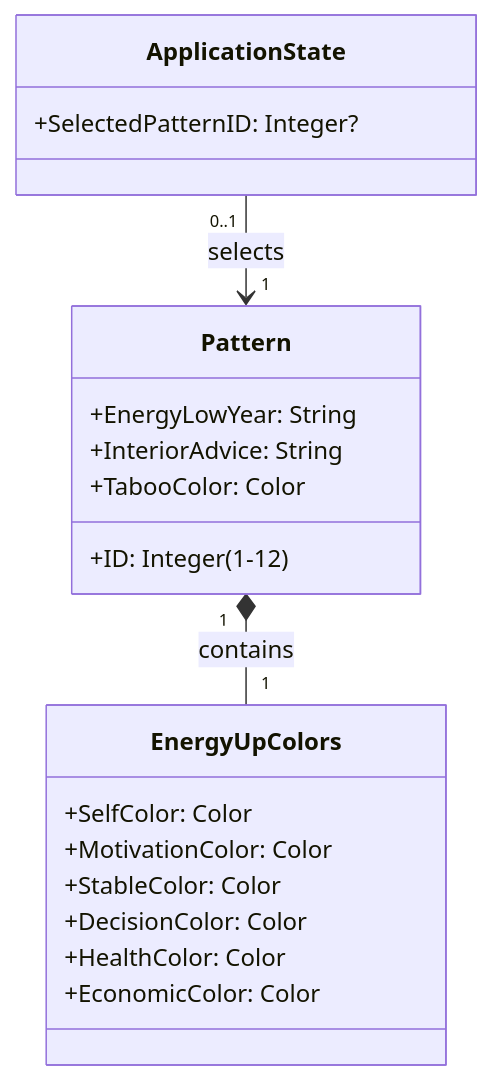
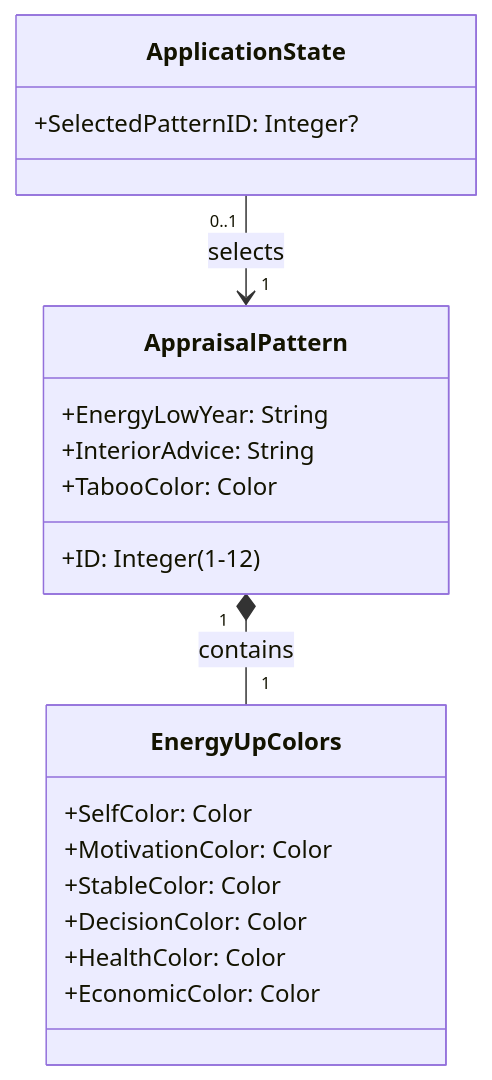
The first of 3 diagrams in docs/model-based-ui-design/02_modeling.md (koralle/energy-boosting-colorscheme-generator), drawn with Mermaid before and after one commit. The commit also changed other lines of this file and 2 other files, not shown here.

````diff
--- a/docs/model-based-ui-design/02_modeling.md
+++ b/docs/model-based-ui-design/02_modeling.md
@@ -10,25 +10,25 @@
 ```mermaid
 classDiagram
-    class Pattern {
+    class AppraisalPattern {
         +ID: Integer (1-12)
         +EnergyLowYear: String
         +InteriorAdvice: String
         +TabooColor: Color
     }
 
     class EnergyUpColors {
         +SelfColor: Color
         +MotivationColor: Color
         +StableColor: Color
         +DecisionColor: Color
         +HealthColor: Color
         +EconomicColor: Color
     }
 
     class ApplicationState {
         +SelectedPatternID: Integer?
     }
 
-    Pattern "1" *-- "1" EnergyUpColors : contains
-    ApplicationState "0..1" --> "1" Pattern : selects
+    AppraisalPattern "1" *-- "1" EnergyUpColors : contains
+    ApplicationState "0..1" --> "1" AppraisalPattern : selects
 ```
````
